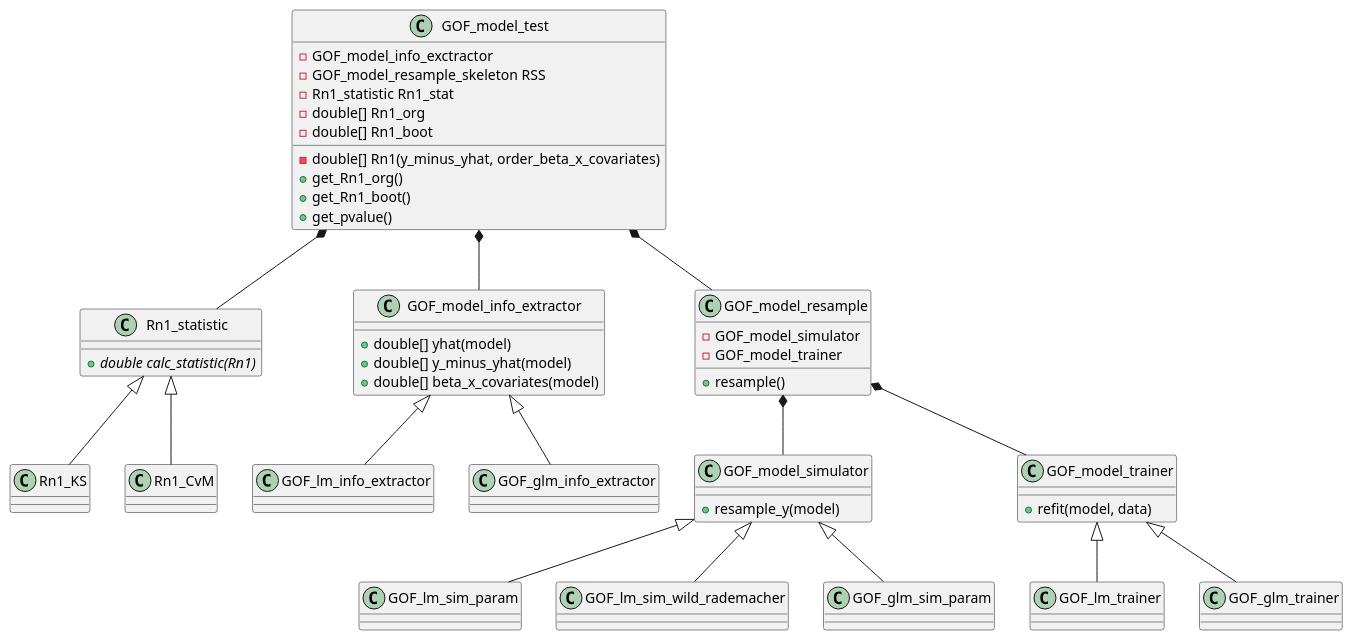
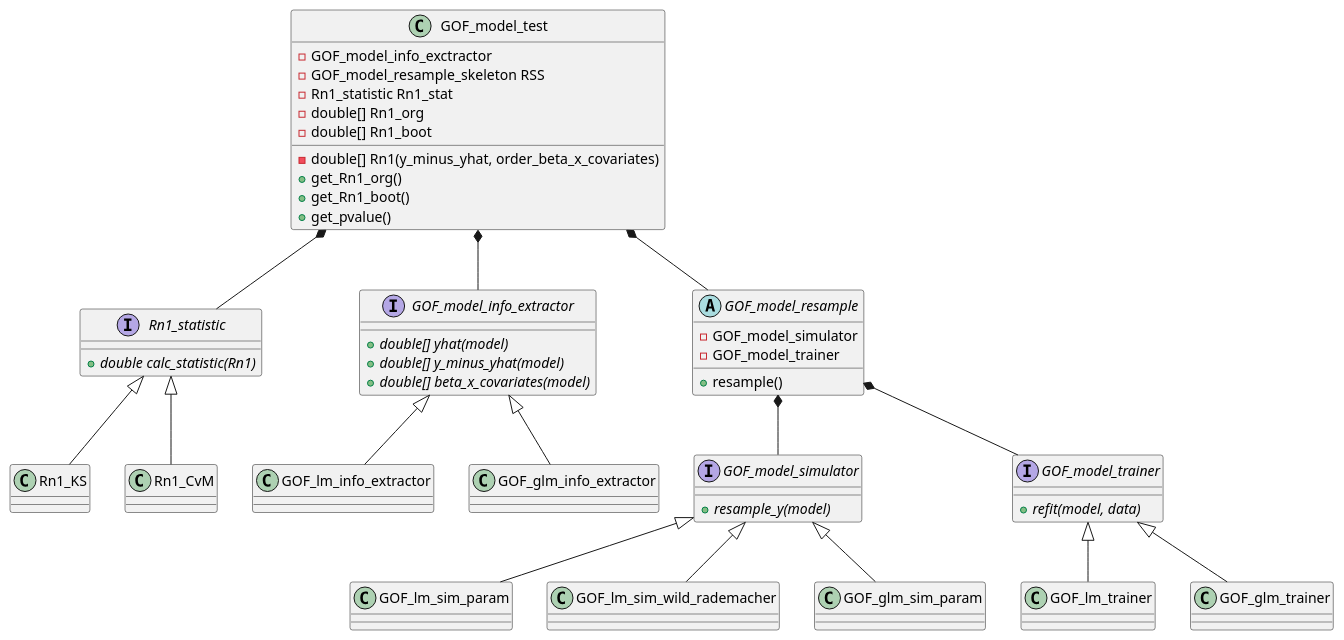
One commit to MarselScheer/bootGOF changed the diagram in design.plantuml. Above: the diagram before and after it, drawn with PlantUML. The commit also changed 5 other files, not shown here.

Commit message:
add Architecture docu

```diff
--- a/design.plantuml
+++ b/design.plantuml
@@ -1,46 +1,46 @@
 @startuml
-class Rn1_statistic {
+interface Rn1_statistic {
     + {abstract} double calc_statistic(Rn1)
 }
 Rn1_statistic <|-- Rn1_KS
 Rn1_statistic <|-- Rn1_CvM
-class GOF_model_simulator {
-    + resample_y(model)
+interface GOF_model_simulator {
+    + {abstract} resample_y(model)
 }
 GOF_model_simulator <|-- GOF_lm_sim_param
 GOF_model_simulator <|-- GOF_lm_sim_wild_rademacher
 GOF_model_simulator <|-- GOF_glm_sim_param
-class GOF_model_trainer {
-    + refit(model, data)
+interface GOF_model_trainer {
+    + {abstract} refit(model, data)
 }
 GOF_model_trainer <|-- GOF_lm_trainer
 GOF_model_trainer <|-- GOF_glm_trainer
-class GOF_model_info_extractor {
-    + double[] yhat(model)
-    + double[] y_minus_yhat(model)
-    + double[] beta_x_covariates(model)
+interface GOF_model_info_extractor {
+    + {abstract} double[] yhat(model)
+    + {abstract} double[] y_minus_yhat(model)
+    + {abstract} double[] beta_x_covariates(model)
 }
 GOF_model_info_extractor <|-- GOF_lm_info_extractor
 GOF_model_info_extractor <|-- GOF_glm_info_extractor
-class GOF_model_resample {
+abstract class GOF_model_resample {
     - GOF_model_simulator
     - GOF_model_trainer
     + resample()
 }
 GOF_model_resample *-- GOF_model_simulator
 GOF_model_resample *-- GOF_model_trainer
 class GOF_model_test {
     - GOF_model_info_exctractor
     - GOF_model_resample_skeleton RSS
     - Rn1_statistic Rn1_stat
     - double[] Rn1_org
     - double[] Rn1_boot
     - double[] Rn1(y_minus_yhat, order_beta_x_covariates)
     + get_Rn1_org()
     + get_Rn1_boot()
     + get_pvalue()
 }
 GOF_model_test *-- GOF_model_info_extractor
 GOF_model_test *-- GOF_model_resample
 GOF_model_test *-- Rn1_statistic
 @enduml
```
